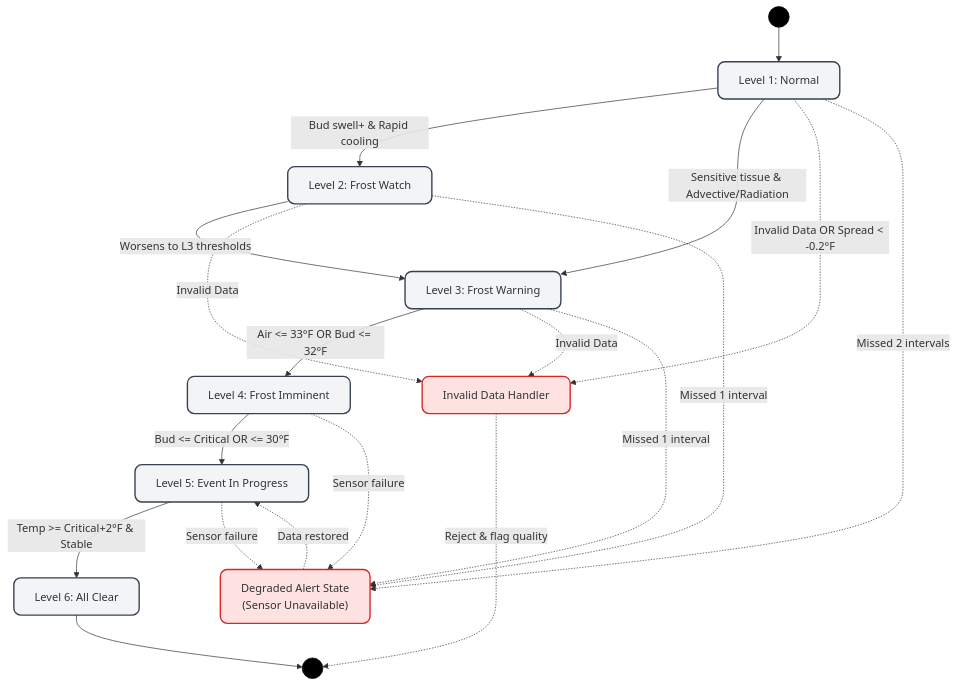
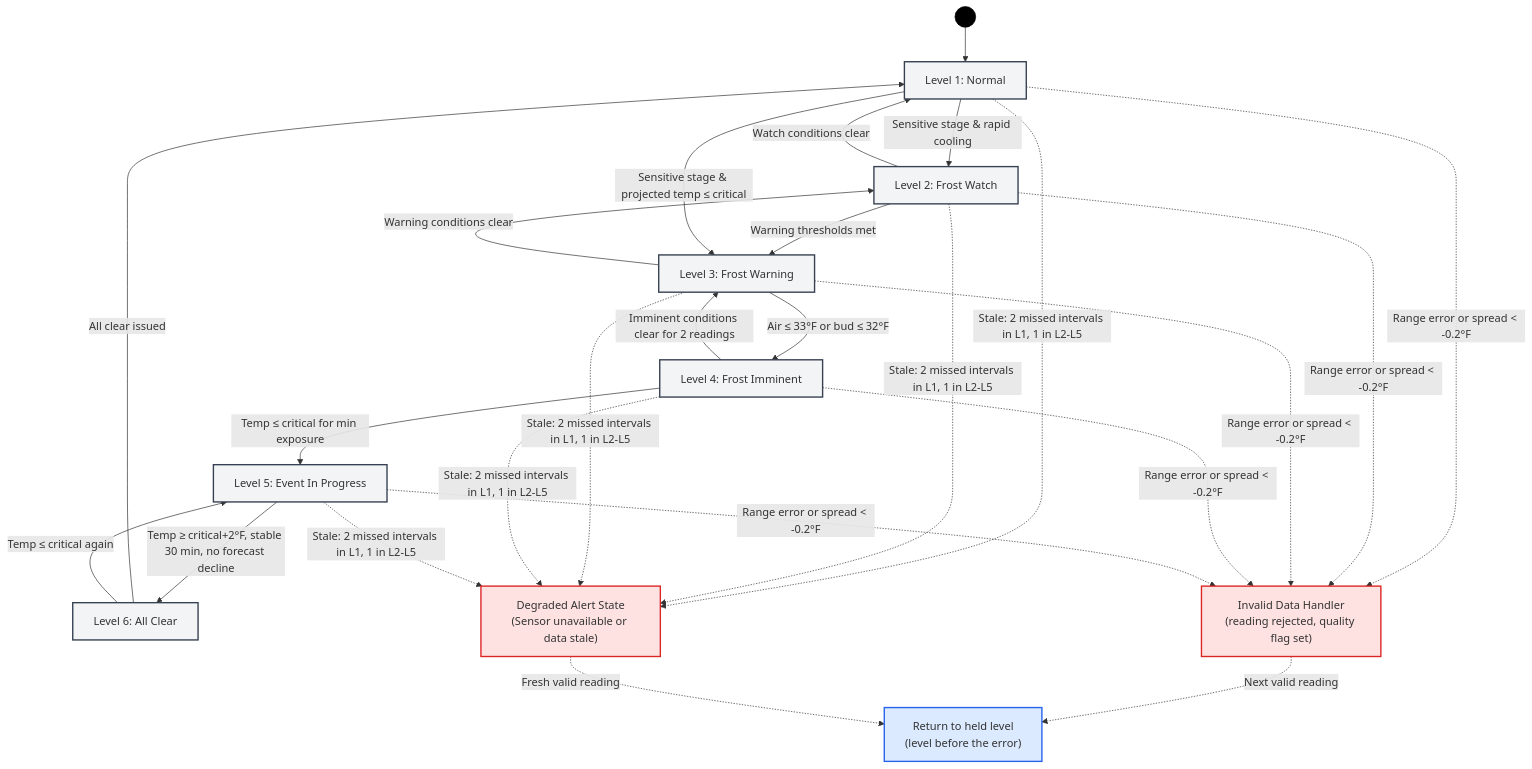
Before and after one commit to OMID-Capstone-AI-Drone/deliverables: the second of 5 diagrams in Design_Diagrams/D2_Detailed_Design.md, drawn with Mermaid. The commit also changed other lines of this file, not shown here.

````diff
--- a/Design_Diagrams/D2_Detailed_Design.md
+++ b/Design_Diagrams/D2_Detailed_Design.md
@@ -97,45 +124,36 @@
 ```mermaid
 flowchart TB
-    %% Styling to mimic state machine shapes
-    classDef state fill:#f3f4f6,stroke:#374151,stroke-width:2px,rx:10px,ry:10px;
-    classDef errorState fill:#fee2e2,stroke:#dc2626,stroke-width:2px,rx:10px,ry:10px;
-    classDef point fill:#000,stroke:#000,rx:20px,ry:20px;
+    classDef state fill:#f3f4f6,stroke:#374151,stroke-width:2px
+    classDef errorState fill:#fee2e2,stroke:#dc2626,stroke-width:2px
+    classDef resume fill:#dbeafe,stroke:#2563eb,stroke-width:2px
+    classDef point fill:#000,stroke:#000
 
     Start((( ))):::point
-    End((( ))):::point
-
     L1["Level 1: Normal"]:::state
     L2["Level 2: Frost Watch"]:::state
     L3["Level 3: Frost Warning"]:::state
     L4["Level 4: Frost Imminent"]:::state
     L5["Level 5: Event In Progress"]:::state
     L6["Level 6: All Clear"]:::state
-
-    ErrData["Invalid Data Handler"]:::errorState
-    ErrSensor["Degraded Alert State<br>(Sensor Unavailable)"]:::errorState
+    ErrData["Invalid Data Handler<br>(reading rejected, quality flag set)"]:::errorState
+    ErrSensor["Degraded Alert State<br>(Sensor unavailable or data stale)"]:::errorState
+    Resume["Return to held level<br>(level before the error)"]:::resume
 
     Start --> L1
+    L1 -->|Sensitive stage & rapid cooling| L2
+    L2 -->|Warning thresholds met| L3
+    L1 -->|Sensitive stage & projected temp ≤ critical| L3
+    L3 -->|Air ≤ 33°F or bud ≤ 32°F| L4
+    L4 -->|Temp ≤ critical for min exposure| L5
+    L5 -->|Temp ≥ critical+2°F, stable 30 min, no forecast decline| L6
+    L6 -->|All clear issued| L1
+    L6 -->|Temp ≤ critical again| L5
+    L2 -->|Watch conditions clear| L1
+    L3 -->|Warning conditions clear| L2
+    L4 -->|Imminent conditions clear for 2 readings| L3
 
-    %% Main Happy Path (Solid lines force the central vertical layout)
-    L1 -->|Bud swell+ & Rapid cooling| L2
-    L1 -->|Sensitive tissue & Advective/Radiation| L3
-    L2 -->|Worsens to L3 thresholds| L3
-    L3 -->|Air <= 33°F OR Bud <= 32°F| L4
-    L4 -->|Bud <= Critical OR <= 30°F| L5
-    L5 -->|Temp >= Critical+2°F & Stable| L6
-    L6 --> End
-
-    %% Bad Input / Boundary Values (Dashed lines push to the side)
-    L1 -.->|Invalid Data OR Spread < -0.2°F| ErrData
-    L2 -.->|Invalid Data| ErrData
-    L3 -.->|Invalid Data| ErrData
-    ErrData -.->|Reject & flag quality| End
-
-    %% Missing Input / Timing Constraints (Dashed lines push to the side)
-    L1 -.->|Missed 2 intervals| ErrSensor
-    L2 -.->|Missed 1 interval| ErrSensor
-    L3 -.->|Missed 1 interval| ErrSensor
-    L4 -.->|Sensor failure| ErrSensor
-    L5 -.->|Sensor failure| ErrSensor
-    ErrSensor -.->|Data restored| L5
+    L1 & L2 & L3 & L4 & L5 -.->|Range error or spread < -0.2°F| ErrData
+    L1 & L2 & L3 & L4 & L5 -.->|Stale: 2 missed intervals in L1, 1 in L2-L5| ErrSensor
+    ErrData -.->|Next valid reading| Resume
+    ErrSensor -.->|Fresh valid reading| Resume
 ```
````
